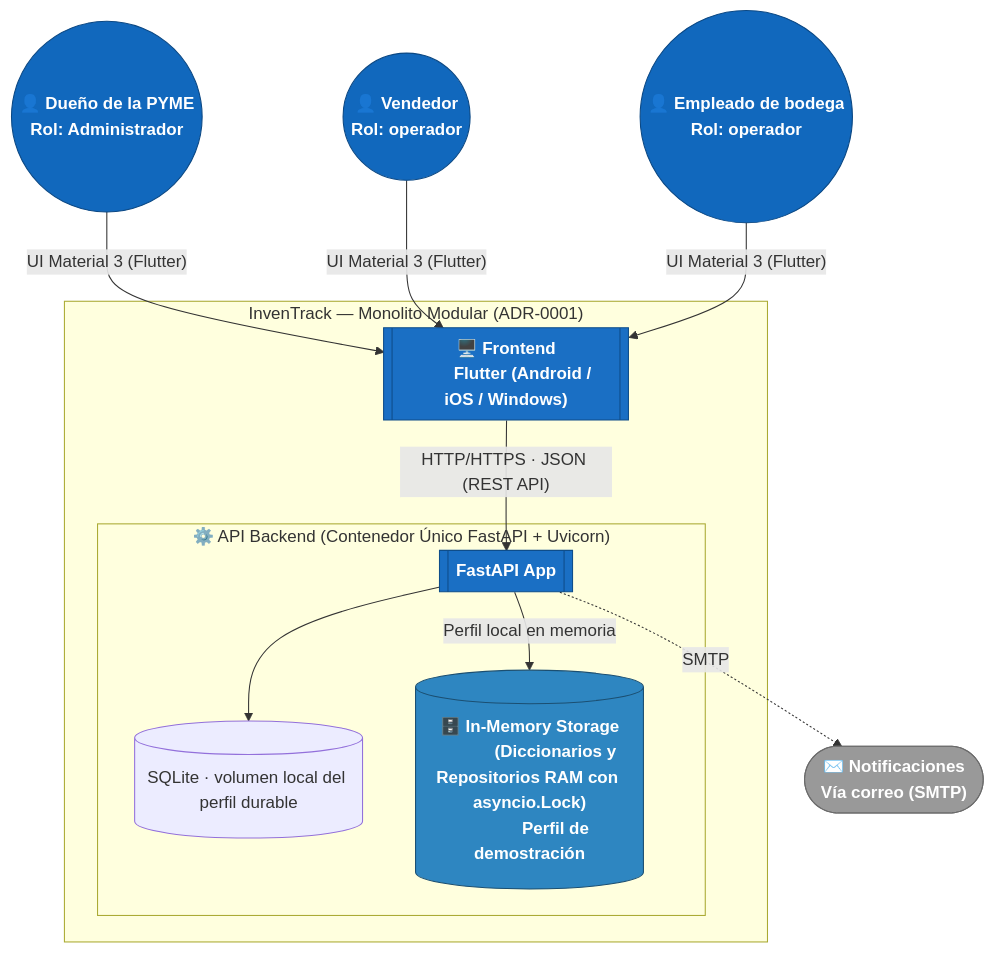
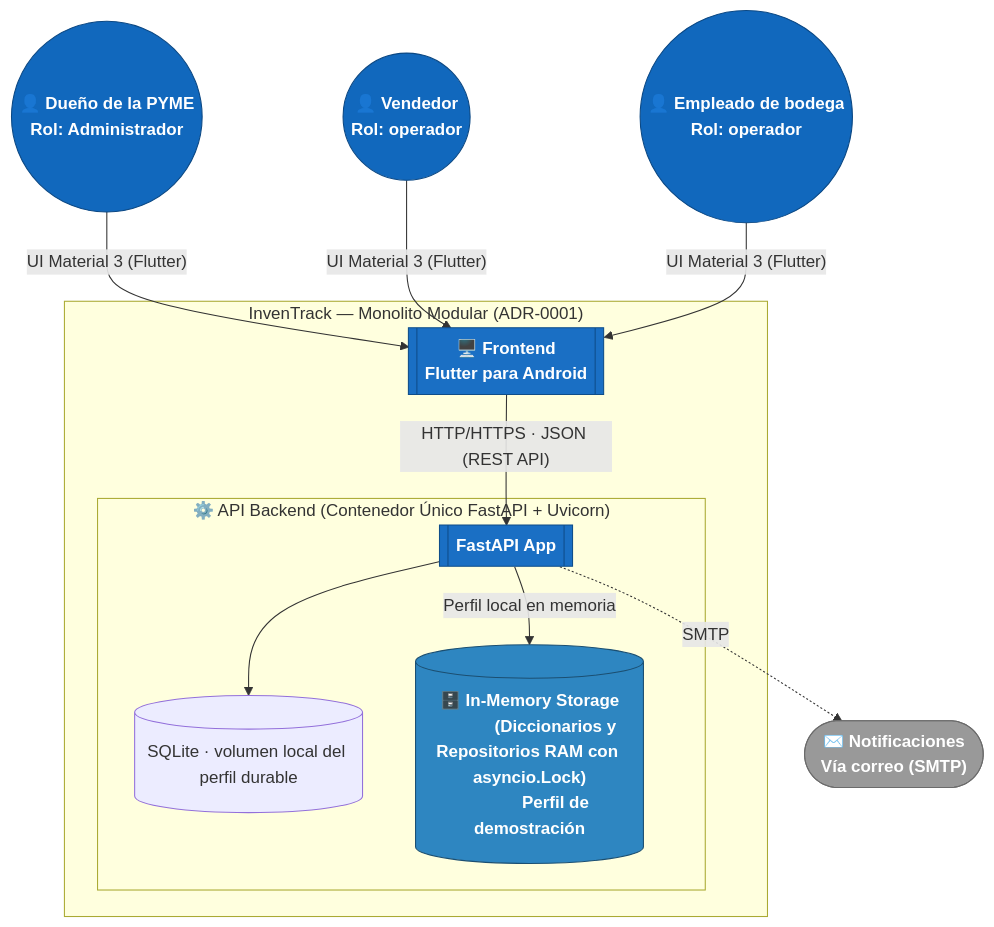
One commit to ISCOUTB/AS_202620_InvenTrack changed the first of 2 diagrams in docs/c4/containers.md. Above: the diagram before and after it, drawn with Mermaid. The commit also changed other lines of this file and 19 other files, not shown here.

````diff
--- a/docs/c4/containers.md
+++ b/docs/c4/containers.md
@@ -9,43 +9,43 @@
 ```mermaid
 flowchart TB
     Dueno(("👤 Dueño de la PYME
     Rol: Administrador"))
     Vendedor(("👤 Vendedor
     Rol: operador"))
     Empleado(("👤 Empleado de bodega
     Rol: operador"))
 
     subgraph InvenTrack["InvenTrack — Monolito Modular (ADR-0001)"]
         Web[["🖥️ Frontend
-        Flutter (Android / iOS / Windows)"]]
+        Flutter para Android"]]
         
         subgraph ApiContainer ["⚙️ API Backend (Contenedor Único FastAPI + Uvicorn)"]
             Api[["FastAPI App"]]
             Volumen[("SQLite · volumen local del perfil durable")]
             Api --> Volumen
             Db[("🗄️ In-Memory Storage
             (Diccionarios y Repositorios RAM con asyncio.Lock)
             Perfil de demostración")]
         end
     end
 
     Notif(["✉️ Notificaciones
     Vía correo (SMTP)"])
 
     Dueno -- "UI Material 3 (Flutter)" --> Web
     Vendedor -- "UI Material 3 (Flutter)" --> Web
     Empleado -- "UI Material 3 (Flutter)" --> Web
     Web -- "HTTP/HTTPS · JSON (REST API)" --> Api
     Api -- "Perfil local en memoria" --> Db
     Api -. SMTP .-> Notif
 
     classDef person fill:#1168bd,stroke:#0b4884,color:#ffffff,font-weight:bold
     classDef container fill:#1a6fc4,stroke:#0e4d8a,color:#ffffff,font-weight:bold
     classDef db fill:#2e86c1,stroke:#1b4f72,color:#ffffff,font-weight:bold
     classDef external fill:#999999,stroke:#6b6b6b,color:#ffffff,font-weight:bold
 
     class Dueno,Vendedor,Empleado person
     class Web,Api container
     class Db db
     class Notif external
 ```
````
